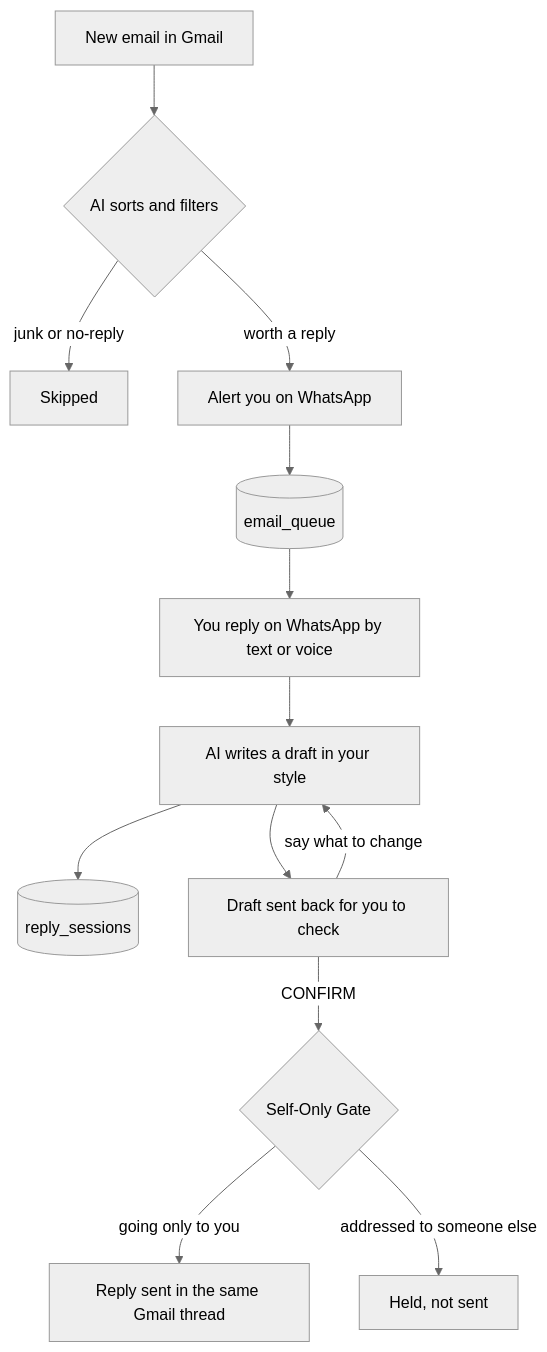
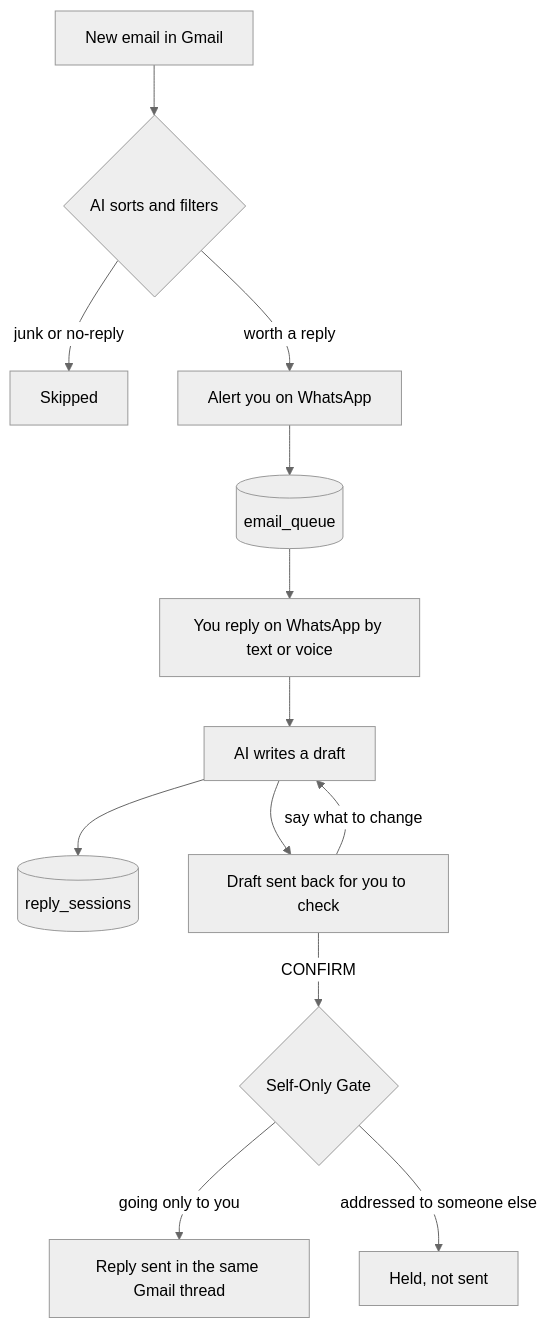
One commit to SakoA10/whatsapp-email-assistant changed the diagram in README.md. Above: the diagram before and after it, drawn with Mermaid (neutral theme). The commit also changed other lines of this file and 1 other file, not shown here.

Commit message:
Draft from the full email body and reword the style claims

````diff
--- a/README.md
+++ b/README.md
@@ -57,15 +57,15 @@
 ```mermaid
 flowchart TD
     A[New email in Gmail] --> B{AI sorts and filters}
     B -->|junk or no-reply| Z[Skipped]
     B -->|worth a reply| C[Alert you on WhatsApp]
     C --> Q[(email_queue)]
     Q --> D[You reply on WhatsApp by text or voice]
-    D --> E[AI writes a draft in your style]
+    D --> E[AI writes a draft]
     E --> R[(reply_sessions)]
     E --> F[Draft sent back for you to check]
     F -->|say what to change| E
     F -->|CONFIRM| G{Self-Only Gate}
     G -->|going only to you| H[Reply sent in the same Gmail thread]
     G -->|addressed to someone else| I[Held, not sent]
 ```
````
